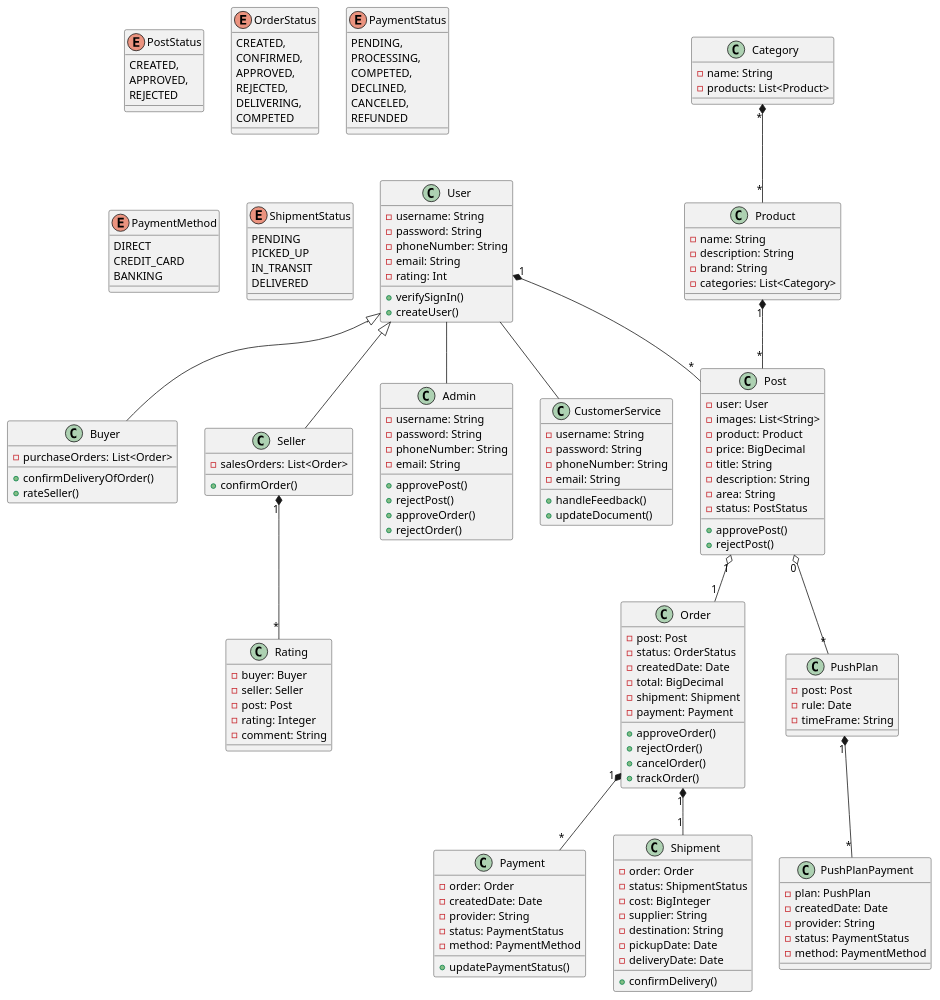
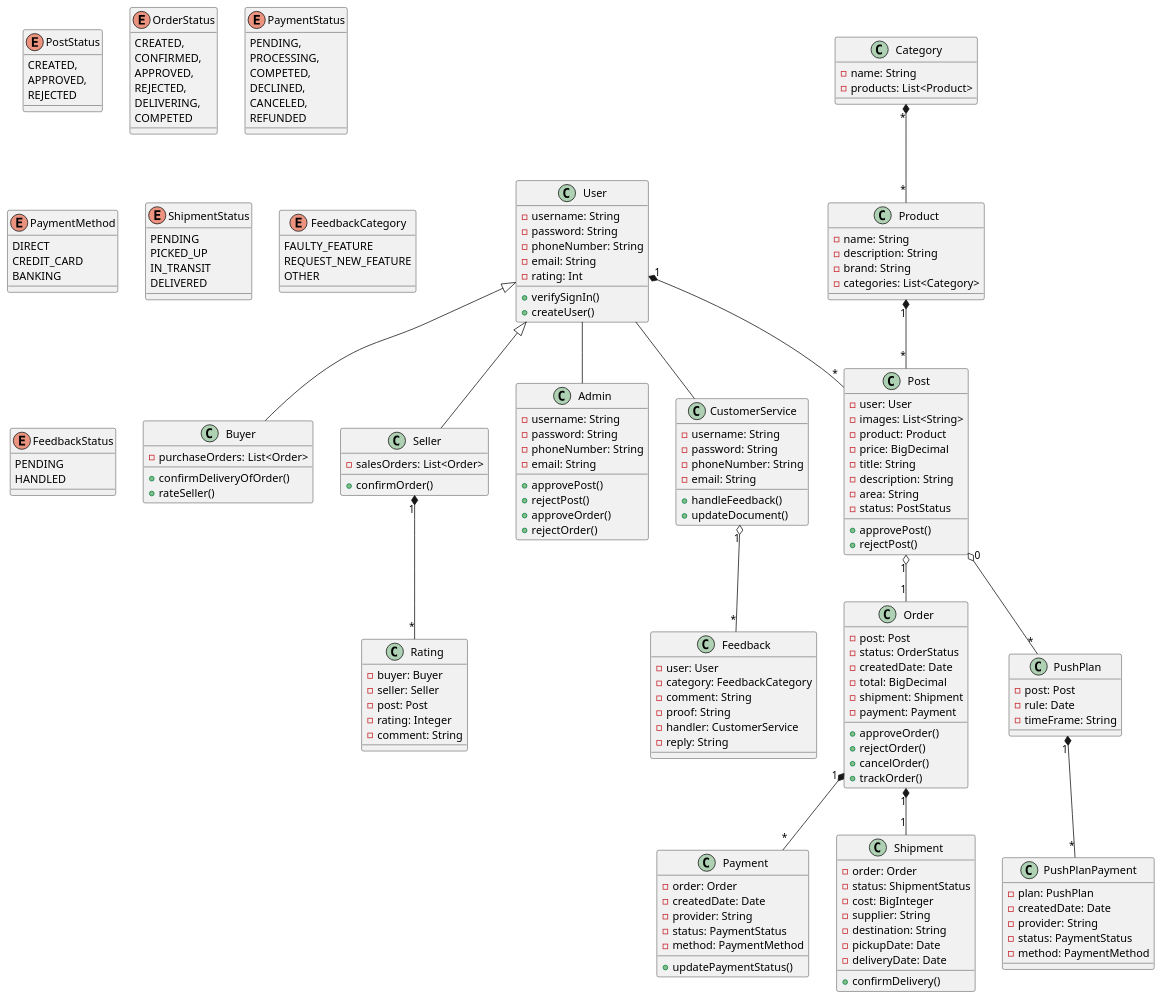
Before and after one commit to doublek2712/SE357-Pratice-class: the diagram in Lab 1.2/puml-code/class.puml, drawn with PlantUML. The commit also changed 1 other file, not shown here.

```diff
--- a/Lab 1.2/puml-code/class.puml
+++ b/Lab 1.2/puml-code/class.puml
@@ -1,173 +1,194 @@
 @startuml
 class User {
     -username: String
     -password: String
     -phoneNumber: String
     -email: String
     -rating: Int
     +verifySignIn()
     +createUser()
 }
 
 class Buyer {
     -purchaseOrders: List<Order>
     +confirmDeliveryOfOrder()
     +rateSeller()
 }
 
 class Seller {
     -salesOrders: List<Order>
     +confirmOrder()
 }
 
 class Admin {
     -username: String
     -password: String
     -phoneNumber: String
     -email: String
     +approvePost()
     +rejectPost()
     +approveOrder()
     +rejectOrder()
 }
 
 class CustomerService {
     -username: String
     -password: String
     -phoneNumber: String
     -email: String
     +handleFeedback()
     +updateDocument()
 }
 
 class Post {
     -user: User
     -images: List<String>
     -product: Product
     -price: BigDecimal
     -title: String
     -description: String
     -area: String
     -status: PostStatus
     +approvePost()
     +rejectPost()
 }
 
 enum PostStatus {
     CREATED,
     APPROVED,
     REJECTED
 }
 
 class Order {
     -post: Post
     -status: OrderStatus
     -createdDate: Date
     -total: BigDecimal
     -shipment: Shipment
     -payment: Payment
     +approveOrder()
     +rejectOrder()
     +cancelOrder()
     +trackOrder()
 }
 
 enum OrderStatus {
     CREATED,
     CONFIRMED,
     APPROVED,
     REJECTED,
     DELIVERING,
     COMPETED
 }
 
 class Payment {
     -order: Order
     -createdDate: Date
     -provider: String
     -status: PaymentStatus
     -method: PaymentMethod
     +updatePaymentStatus()
 }
 
 enum PaymentStatus {
     PENDING,
     PROCESSING,
     COMPETED,
     DECLINED,
     CANCELED,
     REFUNDED
 }
 
 enum PaymentMethod {
     DIRECT
     CREDIT_CARD
     BANKING
 }
 
 class Shipment {
     -order: Order
     -status: ShipmentStatus
     -cost: BigInteger
     -supplier: String
     -destination: String
     -pickupDate: Date
     -deliveryDate: Date
     +confirmDelivery()
 }
 
 enum ShipmentStatus {
     PENDING
     PICKED_UP
     IN_TRANSIT
     DELIVERED
 }
 
 class Category {
 -name: String
 -products: List<Product>
 }
 
 class Product {
 -name: String
 -description: String
 -brand: String
 -categories: List<Category>
 }
 
 class Rating {
 -buyer: Buyer
 -seller: Seller
 -post: Post
 -rating: Integer
 -comment: String
 }
 
 class PushPlan {
 -post: Post
 -rule: Date
 -timeFrame: String
 }
 
 class PushPlanPayment {
 -plan: PushPlan
 -createdDate: Date
 -provider: String
 -status: PaymentStatus
 -method: PaymentMethod
 }
 
+enum FeedbackCategory {
+FAULTY_FEATURE
+REQUEST_NEW_FEATURE
+OTHER
+}
+
+enum FeedbackStatus {
+PENDING
+HANDLED
+}
+
+class Feedback {
+-user: User
+-category: FeedbackCategory
+-comment: String
+-proof: String
+-handler: CustomerService
+-reply: String
+}
+
 User "1" *-- "*" Post
 Product "1" *-- "*" Post
 Seller "1" *-- "*" Rating
 Category "*" *-- "*" Product
 Post "1" o-- "1" Order
 Order "1" *-- "*" Payment
 Order "1" *-- "1" Shipment
 User <|-- Buyer
 User <|-- Seller
 User -- Admin
 User -- CustomerService
 PushPlan "1" *-- "*" PushPlanPayment
 Post "0" o-- "*" PushPlan
+CustomerService "1" o-- "*" Feedback
 @enduml
```
